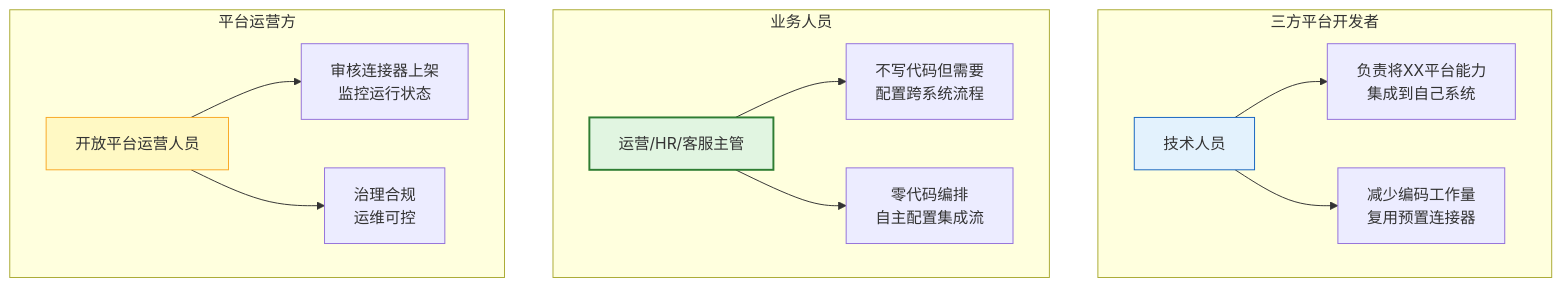
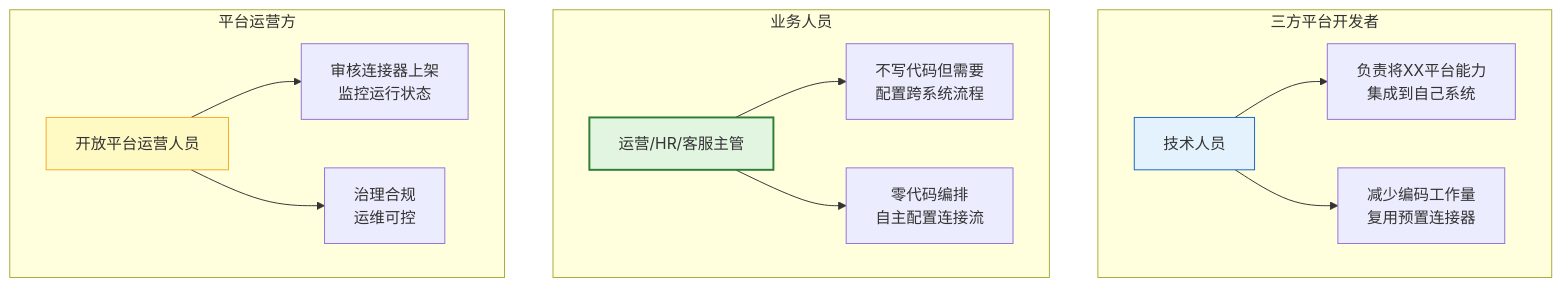
The third of 10 diagrams in .sddu/specs-tree-root/specs-tree-connector-platform/discovery-report.md (THZSummer/open-app), drawn with Mermaid before and after one commit. The commit also changed other lines of this file, not shown here.

````diff
--- a/.sddu/specs-tree-root/specs-tree-connector-platform/discovery-report.md
+++ b/.sddu/specs-tree-root/specs-tree-connector-platform/discovery-report.md
@@ -137,31 +137,31 @@
 ```mermaid
 graph TB
     subgraph Dev["三方平台开发者"]
         U1[技术人员]
         U1_Desc[负责将XX平台能力<br/>集成到自己系统]
         U1_Motive[减少编码工作量<br/>复用预置连接器]
     end
     
     subgraph Biz["业务人员"]
         U2[运营/HR/客服主管]
         U2_Desc[不写代码但需要<br/>配置跨系统流程]
-        U2_Motive[零代码编排<br/>自主配置集成流]
+        U2_Motive[零代码编排<br/>自主配置连接流]
     end
     
     subgraph Operator["平台运营方"]
         U3[开放平台运营人员]
         U3_Desc[审核连接器上架<br/>监控运行状态]
         U3_Motive[治理合规<br/>运维可控]
     end
     
     U1 --> U1_Desc
     U1 --> U1_Motive
     U2 --> U2_Desc
     U2 --> U2_Motive
     U3 --> U3_Desc
     U3 --> U3_Motive
     
     style U2 fill:#e1f5e1,stroke:#2e7d32,stroke-width:2px
     style U1 fill:#e3f2fd,stroke:#1565c0
     style U3 fill:#fff9c4,stroke:#f9a825
 ```
````
